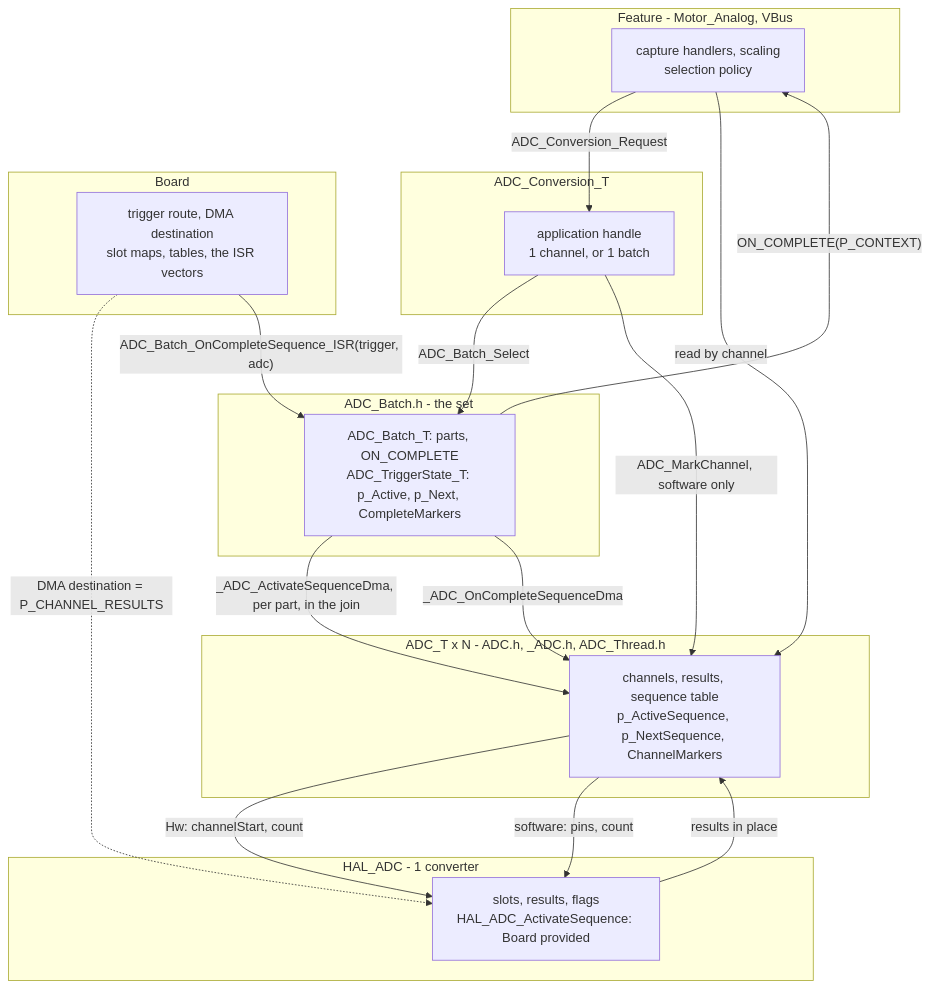
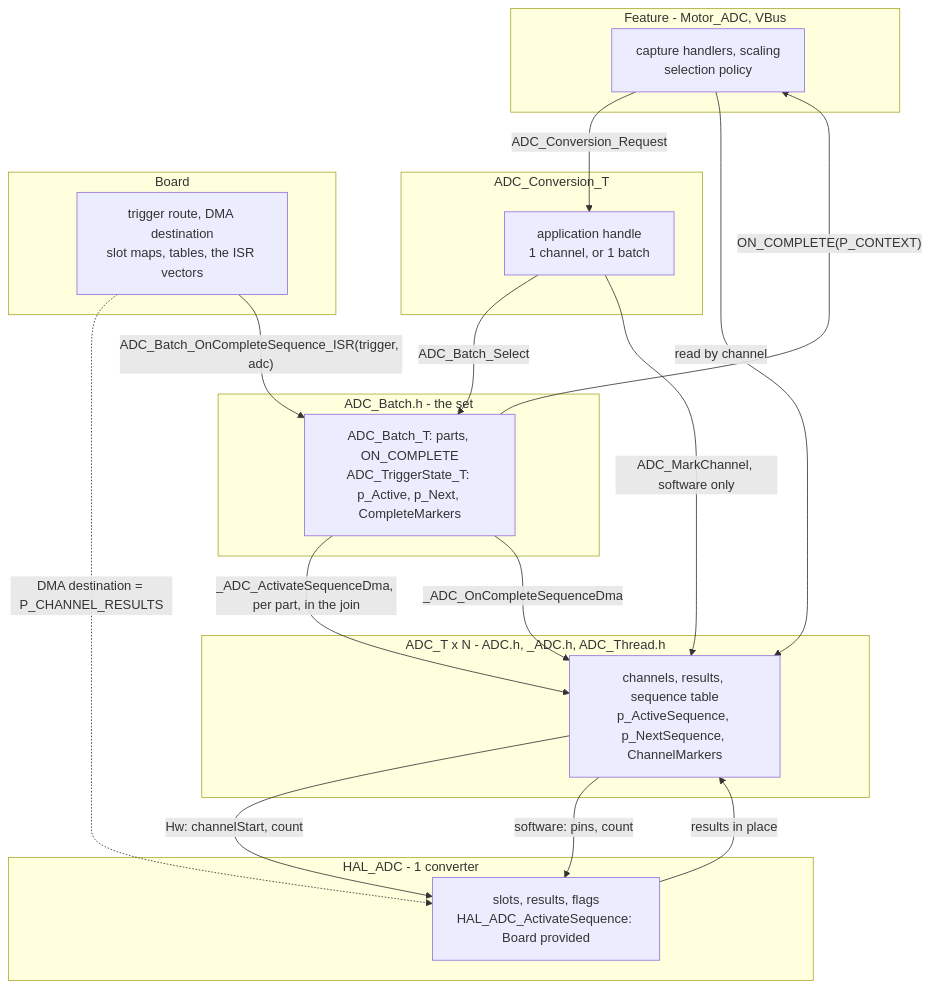
Before and after one commit to FireSourcery/FireSourcery_Library: the fifth of 6 diagrams in Peripheral/ADC/Notes.md, drawn with Mermaid. The commit also changed other lines of this file and 45 other files, not shown here.

````diff
--- a/Peripheral/ADC/Notes.md
+++ b/Peripheral/ADC/Notes.md
@@ -287,34 +287,34 @@
 ```mermaid
 flowchart TB
-    subgraph FEAT["Feature - Motor_Analog, VBus"]
+    subgraph FEAT["Feature - Motor_ADC, VBus"]
         MA["capture handlers, scaling<br/>selection policy"]
     end
     subgraph CONV["ADC_Conversion_T"]
         CV["application handle<br/>1 channel, or 1 batch"]
     end
     subgraph BATCH["ADC_Batch.h - the set"]
         BT["ADC_Batch_T: parts, ON_COMPLETE<br/>ADC_TriggerState_T: p_Active, p_Next, CompleteMarkers"]
     end
     subgraph ADCN["ADC_T x N - ADC.h, _ADC.h, ADC_Thread.h"]
         AT["channels, results, sequence table<br/>p_ActiveSequence, p_NextSequence, ChannelMarkers"]
     end
     subgraph HALN["HAL_ADC - 1 converter"]
         HA["slots, results, flags<br/>HAL_ADC_ActivateSequence: Board provided"]
     end
     subgraph BRD["Board"]
         BD["trigger route, DMA destination<br/>slot maps, tables, the ISR vectors"]
     end
 
     MA -- "ADC_Conversion_Request" --> CV
     CV -- "ADC_Batch_Select" --> BT
     CV -- "ADC_MarkChannel, software only" --> AT
     BT -- "_ADC_ActivateSequenceDma, per part, in the join" --> AT
     AT -- "Hw: channelStart, count" --> HA
     AT -- "software: pins, count" --> HA
     BD -. "DMA destination = P_CHANNEL_RESULTS" .-> HA
     HA -- "results in place" --> AT
     BD -- "ADC_Batch_OnCompleteSequence_ISR(trigger, adc)" --> BT
     BT -- "_ADC_OnCompleteSequenceDma" --> AT
     BT -- "ON_COMPLETE(P_CONTEXT)" --> MA
     MA -- "read by channel" --> AT
 ```
````
